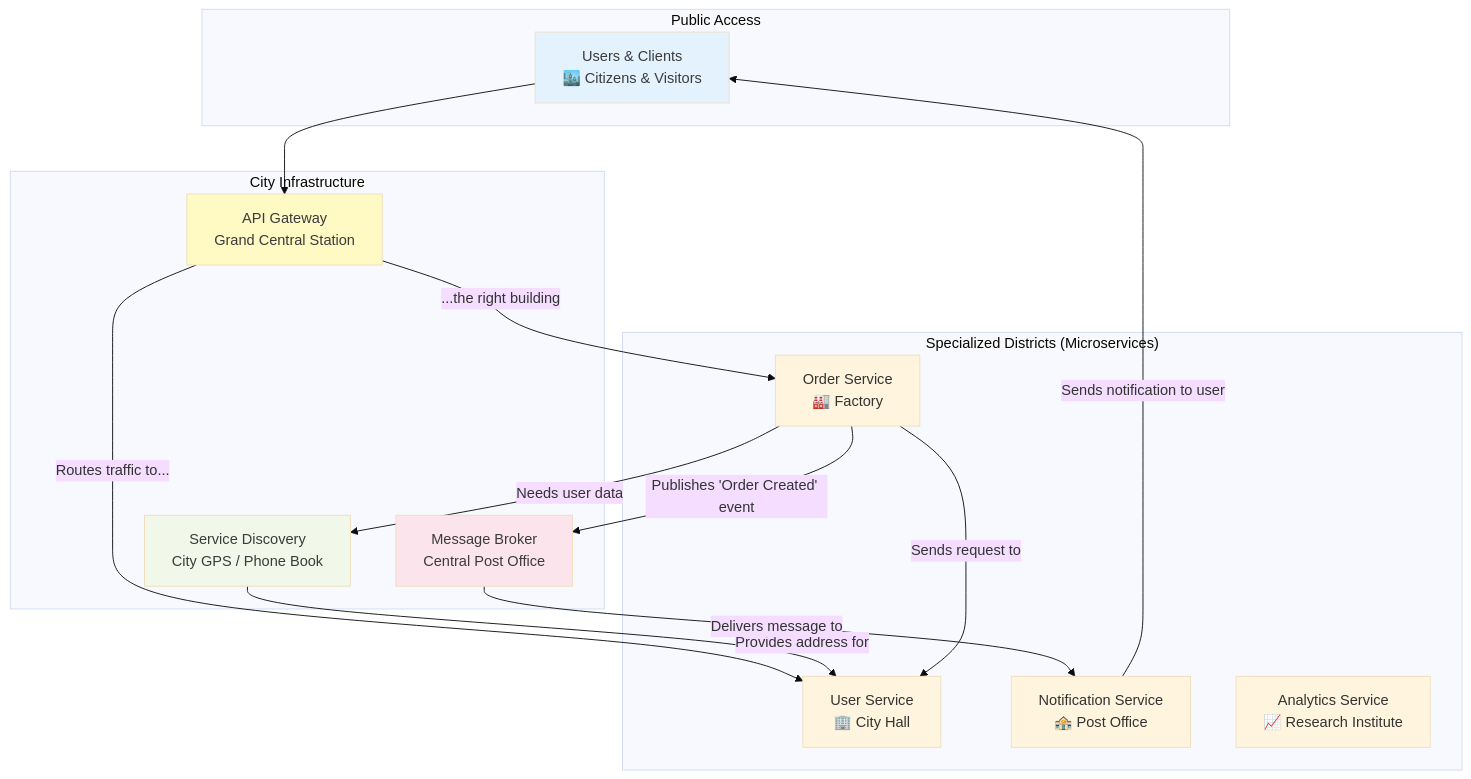
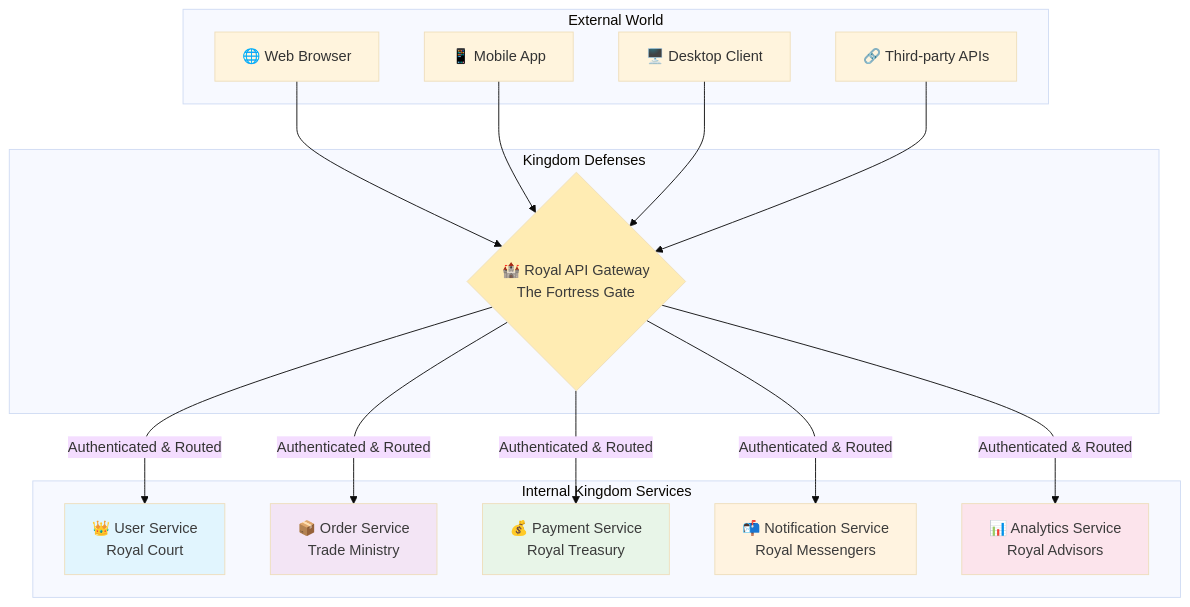
One commit to ridwanspace/restful-fastapi-guideline changed the second of 6 diagrams in app/docs/04_advanced/04-fastapi-microservices-architecture/page.mdx. Above: the diagram before and after it, drawn with Mermaid (base theme). The commit also changed other lines of this file and 1 other file, not shown here.

First line of the commit message:
✨ docs(advanced): craft comprehensive microservices guide

````diff
--- a/app/docs/04_advanced/04-fastapi-microservices-architecture/page.mdx
+++ b/app/docs/04_advanced/04-fastapi-microservices-architecture/page.mdx
@@ -15,36 +120,39 @@
 ```mermaid
-graph TD
-    subgraph "Public Access"
-        A[Users & Clients<br/>🏙️ Citizens & Visitors]
+graph TB
+    subgraph "External World"
+        A[🌐 Web Browser] 
+        B[📱 Mobile App]
+        C[🖥️ Desktop Client]
+        D[🔗 Third-party APIs]
     end
-
-    subgraph "City Infrastructure"
-        B[API Gateway<br/>Grand Central Station]
-        C[Service Discovery<br/>City GPS / Phone Book]
-        D[Message Broker<br/>Central Post Office]
+    
+    subgraph "Kingdom Defenses"
+        E{🏰 Royal API Gateway<br/>The Fortress Gate}
     end
-
-    subgraph "Specialized Districts (Microservices)"
-        E[User Service<br/>🏢 City Hall]
-        F[Order Service<br/>🏭 Factory]
-        G[Notification Service<br/>🏤 Post Office]
-        H[Analytics Service<br/>📈 Research Institute]
+    
+    subgraph "Internal Kingdom Services"
+        F[👑 User Service<br/>Royal Court]
+        G[📦 Order Service<br/>Trade Ministry]
+        H[💰 Payment Service<br/>Royal Treasury]
+        I[📬 Notification Service<br/>Royal Messengers]
+        J[📊 Analytics Service<br/>Royal Advisors]
     end
-
-    A --> B
-    B -->|Routes traffic to...| E
-    B -->|...the right building| F
     
-    F -->|Needs user data| C
-    C -->|Provides address for| E
-    F -->|Sends request to| E
-
-    F -->|Publishes 'Order Created' event| D
-    D -->|Delivers message to| G
-    G -->|Sends notification to user| A
-
-    style A fill:#e3f2fd,color:#3b3b3b
-    style B fill:#fff9c4,color:#3b3b3b
-    style C fill:#f1f8e9,color:#3b3b3b
-    style D fill:#fce4ec,color:#3b3b3b
+    A --> E
+    B --> E
+    C --> E
+    D --> E
+    
+    E -->|Authenticated & Routed| F
+    E -->|Authenticated & Routed| G
+    E -->|Authenticated & Routed| H
+    E -->|Authenticated & Routed| I
+    E -->|Authenticated & Routed| J
+    
+    style E fill:#ffecb3,color:#3b3b3b
+    style F fill:#e1f5fe,color:#3b3b3b
+    style G fill:#f3e5f5,color:#3b3b3b
+    style H fill:#e8f5e8,color:#3b3b3b
+    style I fill:#fff3e0,color:#3b3b3b
+    style J fill:#fce4ec,color:#3b3b3b
 ```
````
